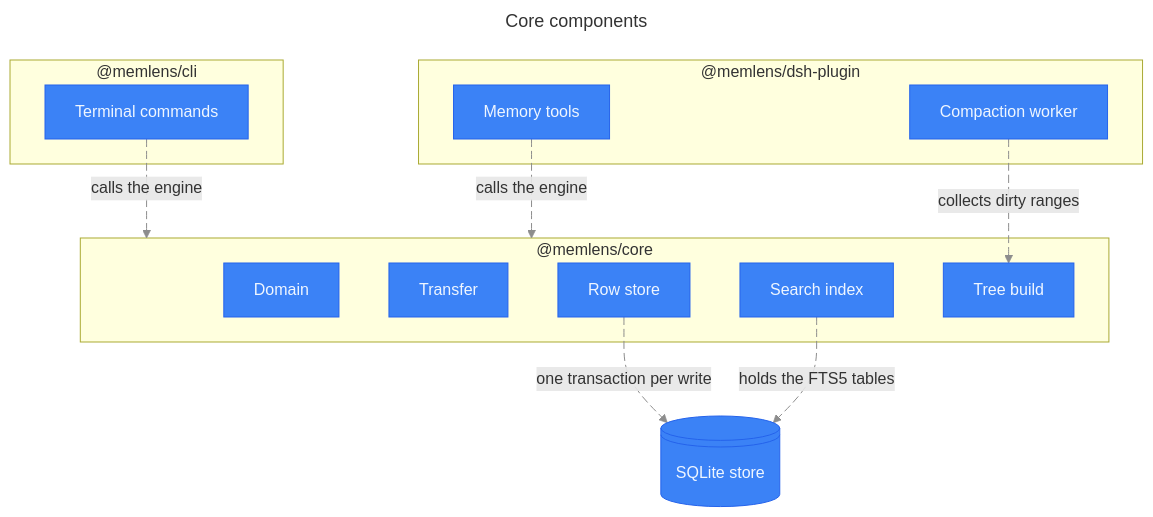
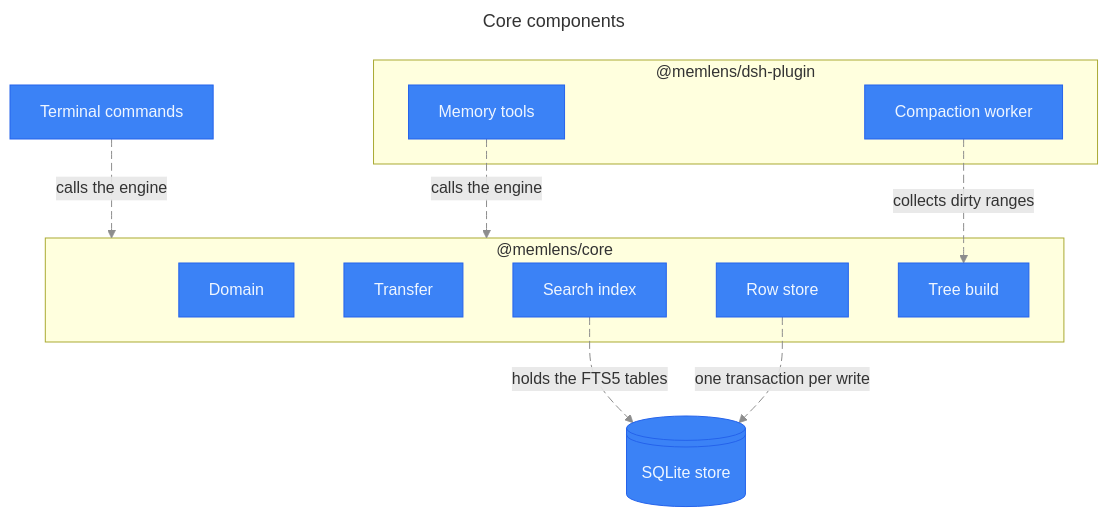
One commit to knopki/memlens changed the fourth of 9 diagrams in docs/arch/README.md. Above: the diagram before and after it, drawn with Mermaid. The commit also changed other lines of this file and 23 other files, not shown here.

````diff
--- a/docs/arch/README.md
+++ b/docs/arch/README.md
@@ -128,29 +128,27 @@
 ```mermaid
 ---
 title: "Core components"
 ---
 graph TB
   subgraph MemlensCore["`@memlens/core`"]
     MemlensCore.Domain@{ shape: rectangle, label: "Domain" }
     MemlensCore.Transfer@{ shape: rectangle, label: "Transfer" }
     MemlensCore.Store@{ shape: rectangle, label: "Row store" }
     MemlensCore.Search@{ shape: rectangle, label: "Search index" }
     MemlensCore.Tree@{ shape: rectangle, label: "Tree build" }
   end
   subgraph MemlensPlugin["`@memlens/dsh-plugin`"]
     MemlensPlugin.Tools@{ shape: rectangle, label: "Memory tools" }
     MemlensPlugin.Worker@{ shape: rectangle, label: "Compaction worker" }
   end
-  subgraph MemlensCli["`@memlens/cli`"]
-    MemlensCli.Commands@{ shape: rectangle, label: "Terminal commands" }
-  end
+  MemlensCliCommands@{ shape: rectangle, label: "Terminal commands" }
   MemlensDb@{ shape: disk, label: "SQLite store" }
   MemlensCore.Store -. "`one transaction per write`" .-> MemlensDb
   MemlensCore.Search -. "`holds the FTS5 tables`" .-> MemlensDb
   MemlensPlugin.Worker -. "`collects dirty ranges`" .-> MemlensCore.Tree
   MemlensPlugin.Tools -. "`calls the engine`" .-> MemlensCore
-  MemlensCli.Commands -. "`calls the engine`" .-> MemlensCore
+  MemlensCliCommands -. "`calls the engine`" .-> MemlensCore
   classDef primary fill:#3b82f6,stroke:#2563eb,color:#eff6ff
-  class MemlensCore.Domain,MemlensCore.Transfer,MemlensPlugin.Tools,MemlensCli.Commands,MemlensPlugin.Worker,MemlensCore.Store,MemlensCore.Search,MemlensCore.Tree,MemlensDb primary
+  class MemlensCore.Domain,MemlensCore.Transfer,MemlensPlugin.Tools,MemlensCliCommands,MemlensPlugin.Worker,MemlensCore.Store,MemlensCore.Search,MemlensCore.Tree,MemlensDb primary
   linkStyle 0,1,2,3,4 stroke:#8D8D8D,stroke-dasharray:8 4
 ```
````
